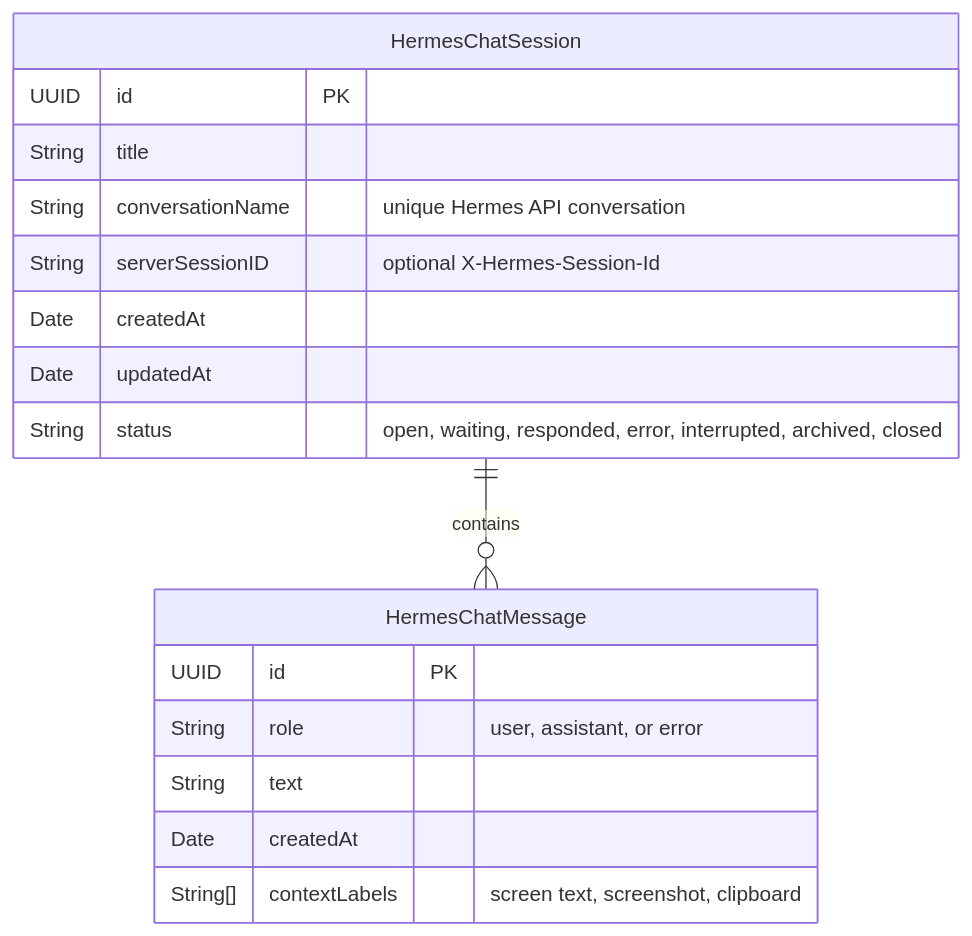
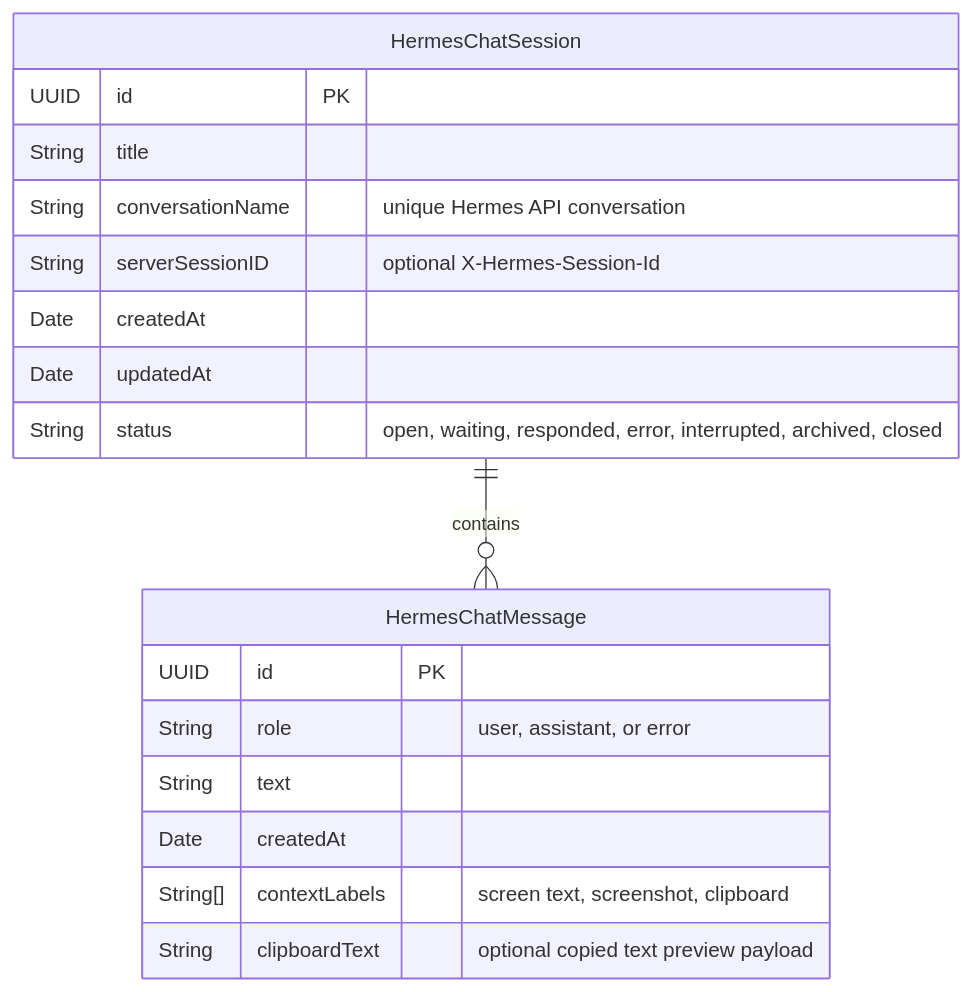
The third of 12 diagrams in datamodel.md (dkapo88/WonderWhisper-macOS), drawn with Mermaid before and after one commit. The commit also changed other lines of this file and 18 other files, not shown here.

````diff
--- a/datamodel.md
+++ b/datamodel.md
@@ -132,22 +132,23 @@
 ```mermaid
 erDiagram
     HermesChatSession ||--o{ HermesChatMessage : "contains"
 
     HermesChatSession {
         UUID id PK
         String title
         String conversationName "unique Hermes API conversation"
         String serverSessionID "optional X-Hermes-Session-Id"
         Date createdAt
         Date updatedAt
         String status "open, waiting, responded, error, interrupted, archived, closed"
     }
 
     HermesChatMessage {
         UUID id PK
         String role "user, assistant, or error"
         String text
         Date createdAt
         String[] contextLabels "screen text, screenshot, clipboard"
+        String clipboardText "optional copied text preview payload"
     }
 ```
````
